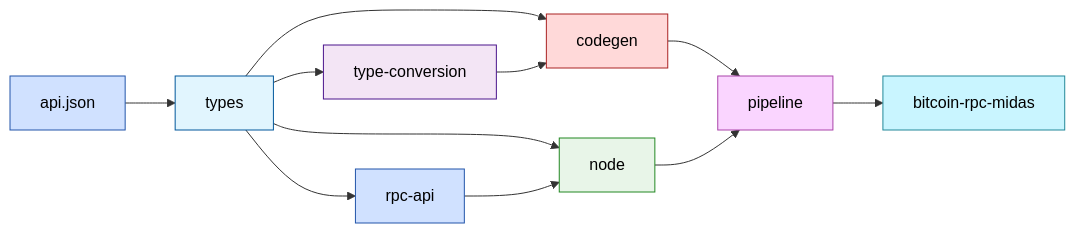
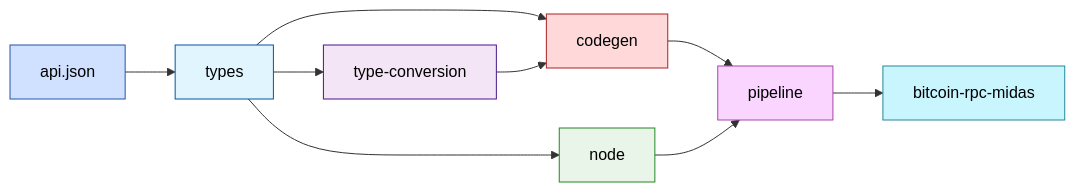
One commit to nervana21/bitcoin-rpc-codegen changed the diagram in docs/architecture.mmd. Above: the diagram before and after it, drawn with Mermaid. The commit also changed 11 other files, not shown here.

```diff
--- a/docs/architecture.mmd
+++ b/docs/architecture.mmd
@@ -1,22 +1,20 @@
 flowchart LR
   API_JSON["api.json"]:::api --> Types["types"]:::core
   
-  Types --> RPC_API["rpc-api"]:::api
   Types --> TypeConversion["type-conversion"]:::registry
   Types --> Codegen["codegen"]:::codegen
   Types --> Node["node"]:::node
   
   TypeConversion --> Codegen
   Codegen --> Pipeline["pipeline"]:::pipeline
   Pipeline --> Midas["bitcoin‑rpc‑midas"]:::midas
 
-  RPC_API --> Node
   Node --> Pipeline
 
   classDef api       fill:#d0e1ff,stroke:#2255aa,color:#000;
   classDef core      fill:#e1f5fe,stroke:#01579b,color:#000;
   classDef registry  fill:#f3e5f5,stroke:#4a148c,color:#000;
   classDef codegen   fill:#ffd9d9,stroke:#aa2222,color:#000;
   classDef pipeline  fill:#fad5ff,stroke:#aa44aa,color:#000;
   classDef midas     fill:#c9f5ff,stroke:#228899,color:#000;
   classDef node      fill:#e8f5e8,stroke:#228822,color:#000;
```
